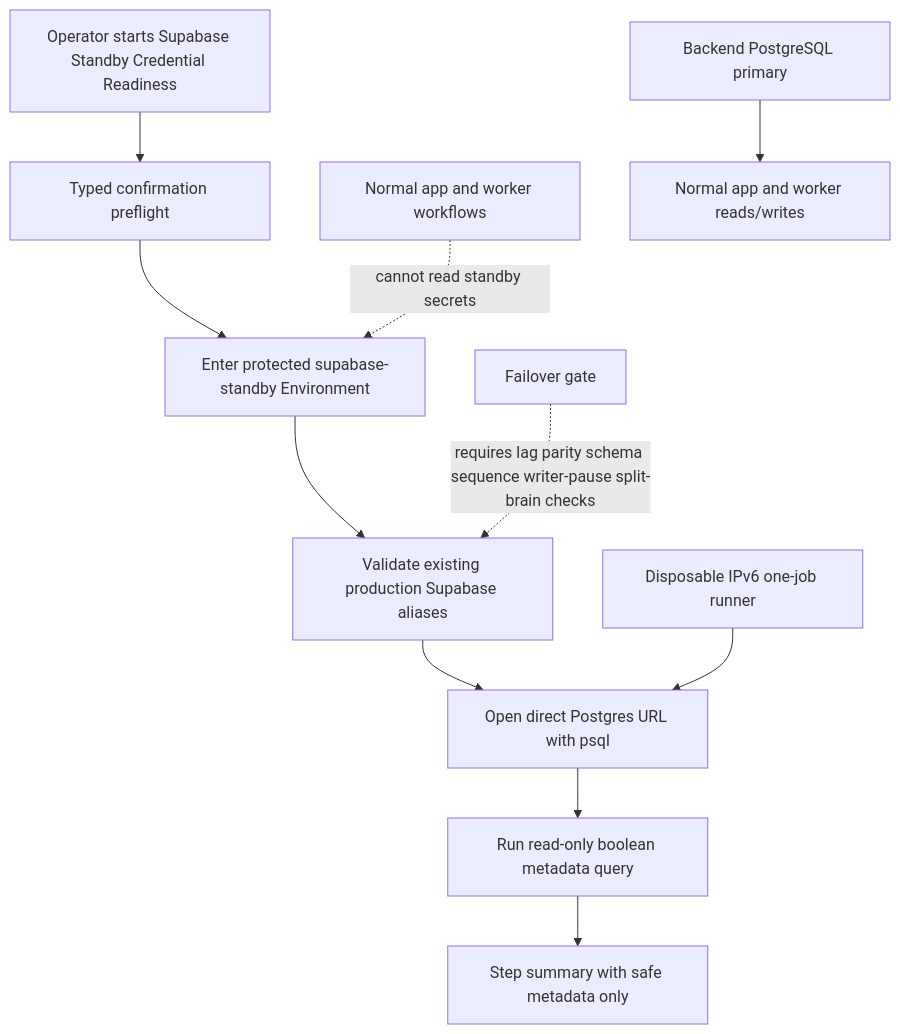
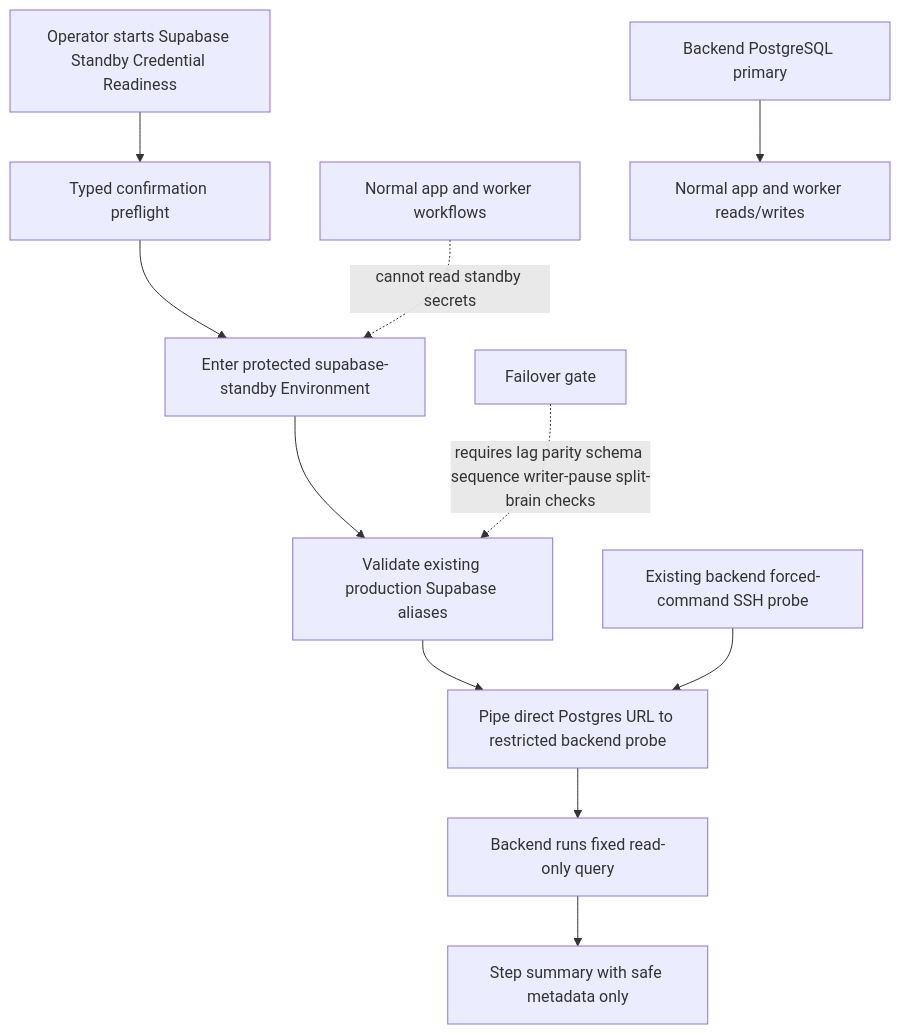
The second of 6 diagrams in NUTSNEWS_BACKEND_POSTGRES_FAILOVER.md (ramideltoro/nutsnews-docs), drawn with Mermaid before and after one commit. The commit also changed other lines of this file and 3 other files, not shown here.

Commit message:
Document standby restricted probe cleanup

````diff
--- a/NUTSNEWS_BACKEND_POSTGRES_FAILOVER.md
+++ b/NUTSNEWS_BACKEND_POSTGRES_FAILOVER.md
@@ -80,13 +78,13 @@
 ```mermaid
 flowchart TD
     A[Operator starts Supabase Standby Credential Readiness] --> B[Typed confirmation preflight]
     B --> C[Enter protected supabase-standby Environment]
     C --> D[Validate existing production Supabase aliases]
-    D --> E[Open direct Postgres URL with psql]
-    E --> F[Run read-only boolean metadata query]
+    D --> E[Pipe direct Postgres URL to restricted backend probe]
+    E --> F[Backend runs fixed read-only query]
     F --> G[Step summary with safe metadata only]
-    R[Disposable IPv6 one-job runner] --> E
+    R[Existing backend forced-command SSH probe] --> E
     H[Normal app and worker workflows] -. cannot read standby secrets .-> C
     I[Backend PostgreSQL primary] --> J[Normal app and worker reads/writes]
     K[Failover gate] -. requires lag parity schema sequence writer-pause split-brain checks .-> D
 ```
````
